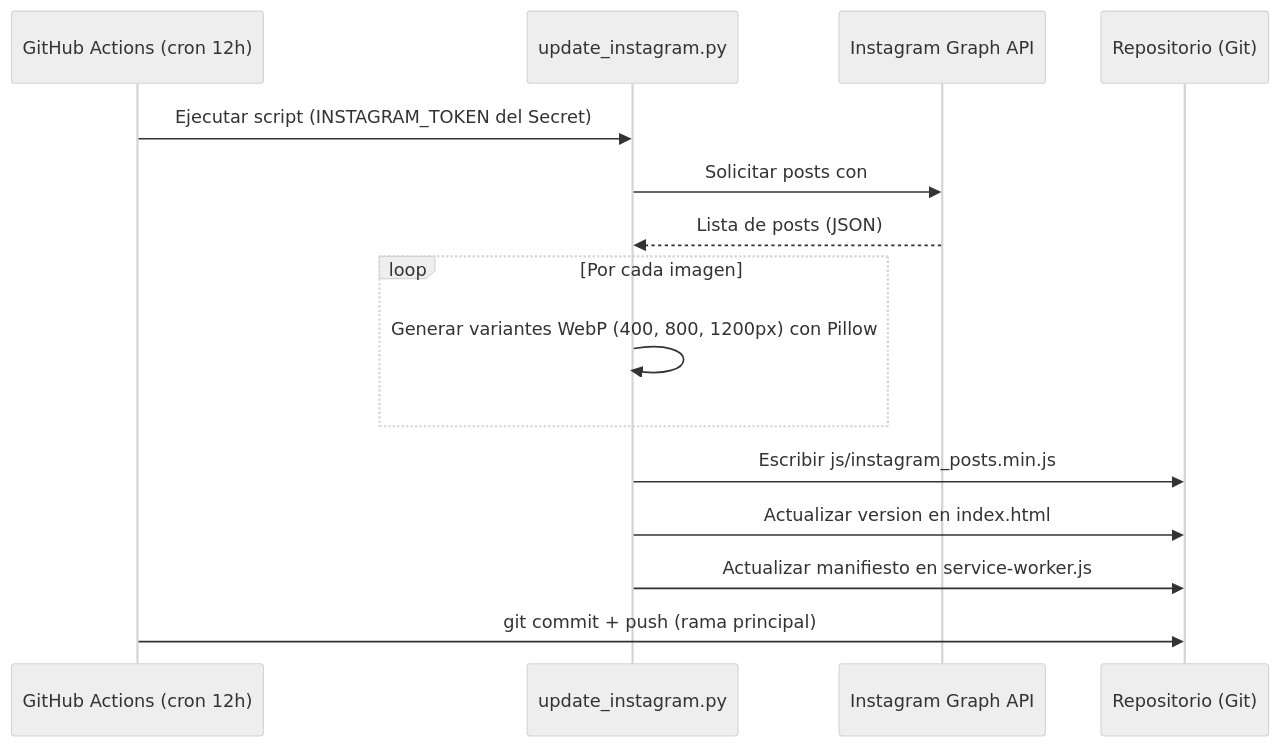
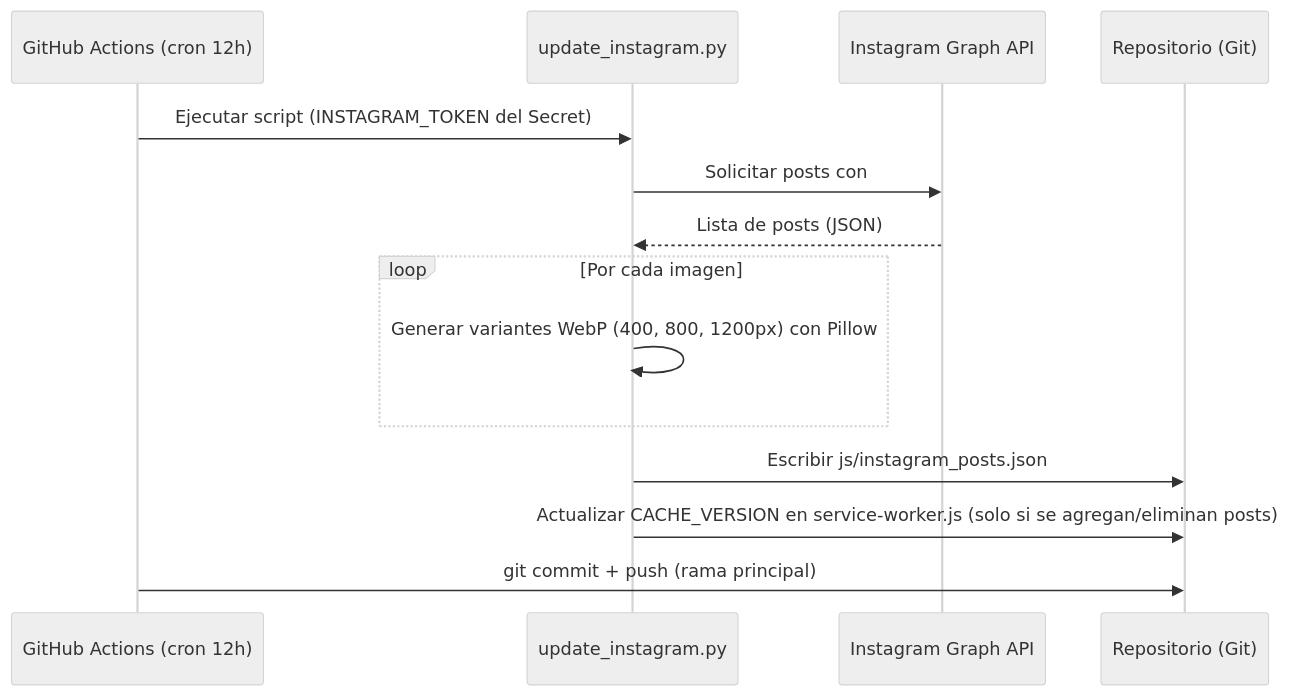
One commit to Iyov/DoubleImpactStore changed the third of 3 diagrams in .kiro/specs/double-impact-store/design.md. Above: the diagram before and after it, drawn with Mermaid (neutral theme). The commit also changed other lines of this file and 31 other files, not shown here.

First line of the commit message:
refactor: fase 6 — módulos separados, Instagram en JSON y fixes de idioma

````diff
--- a/.kiro/specs/double-impact-store/design.md
+++ b/.kiro/specs/double-impact-store/design.md
@@ -541,18 +545,17 @@
 ```mermaid
 sequenceDiagram
     participant GHA as GitHub Actions (cron 12h)
     participant PY as update_instagram.py
     participant IG as Instagram Graph API
     participant FS as Repositorio (Git)
 
     GHA->>PY: Ejecutar script (INSTAGRAM_TOKEN del Secret)
     PY->>IG: Solicitar posts con #DoubleImpactStoreWeb
     IG-->>PY: Lista de posts (JSON)
     loop Por cada imagen
         PY->>PY: Generar variantes WebP (400, 800, 1200px) con Pillow
     end
-    PY->>FS: Escribir js/instagram_posts.min.js
-    PY->>FS: Actualizar version en index.html
-    PY->>FS: Actualizar manifiesto en service-worker.js
+    PY->>FS: Escribir js/instagram_posts.json
+    PY->>FS: Actualizar CACHE_VERSION en service-worker.js (solo si se agregan/eliminan posts)
     GHA->>FS: git commit + push (rama principal)
 ```
````
